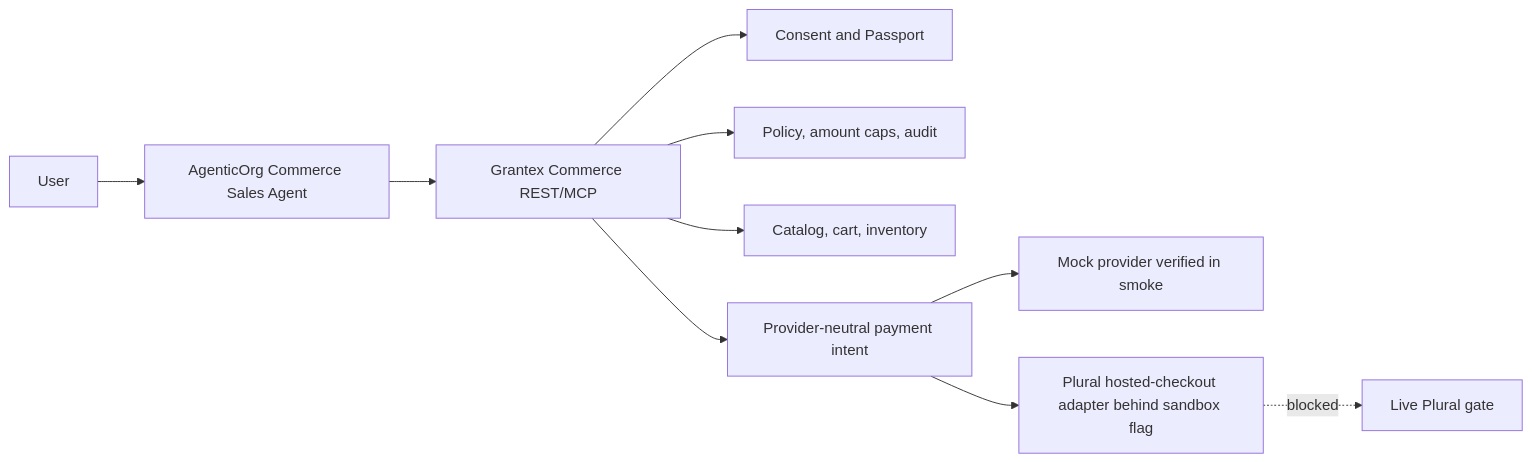
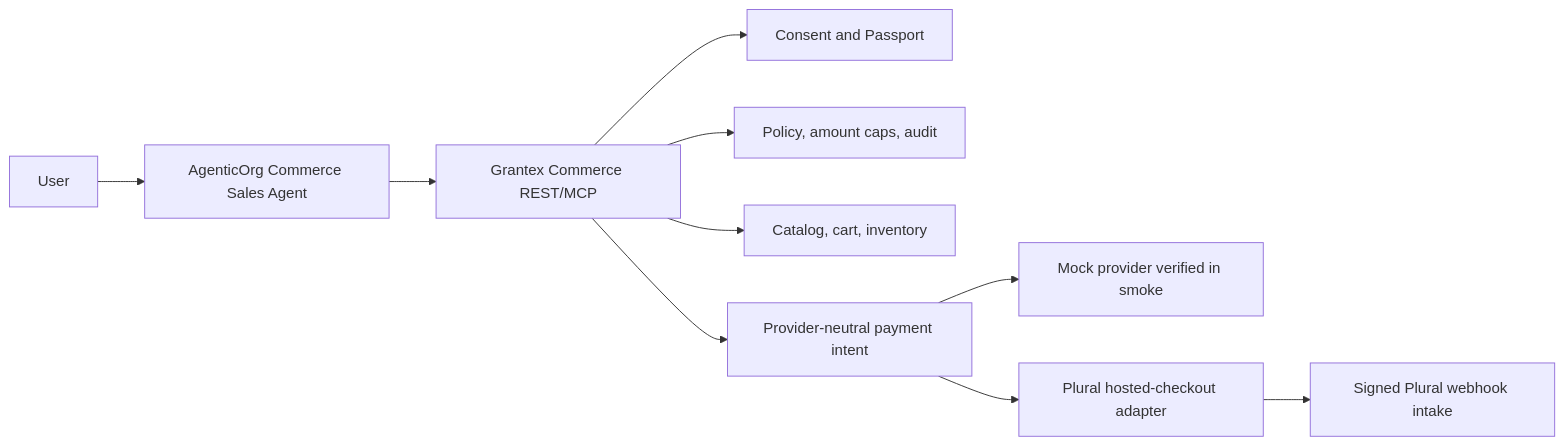
One commit to mishrasanjeev/grantex changed the diagram in README.md. Above: the diagram before and after it, drawn with Mermaid. The commit also changed other lines of this file and 14 other files, not shown here.

````diff
--- a/README.md
+++ b/README.md
@@ -42,12 +42,12 @@
 ```mermaid
 flowchart LR
   user[User] --> agent[AgenticOrg Commerce Sales Agent]
   agent --> gx[Grantex Commerce REST/MCP]
   gx --> consent[Consent and Passport]
   gx --> policy[Policy, amount caps, audit]
   gx --> catalog[Catalog, cart, inventory]
   gx --> provider[Provider-neutral payment intent]
   provider --> mock[Mock provider verified in smoke]
-  provider --> pluralSandbox[Plural hosted-checkout adapter behind sandbox flag]
-  pluralSandbox -. blocked .-> pluralLive[Live Plural gate]
+  provider --> plural[Plural hosted-checkout adapter]
+  plural --> webhook[Signed Plural webhook intake]
 ```
````
